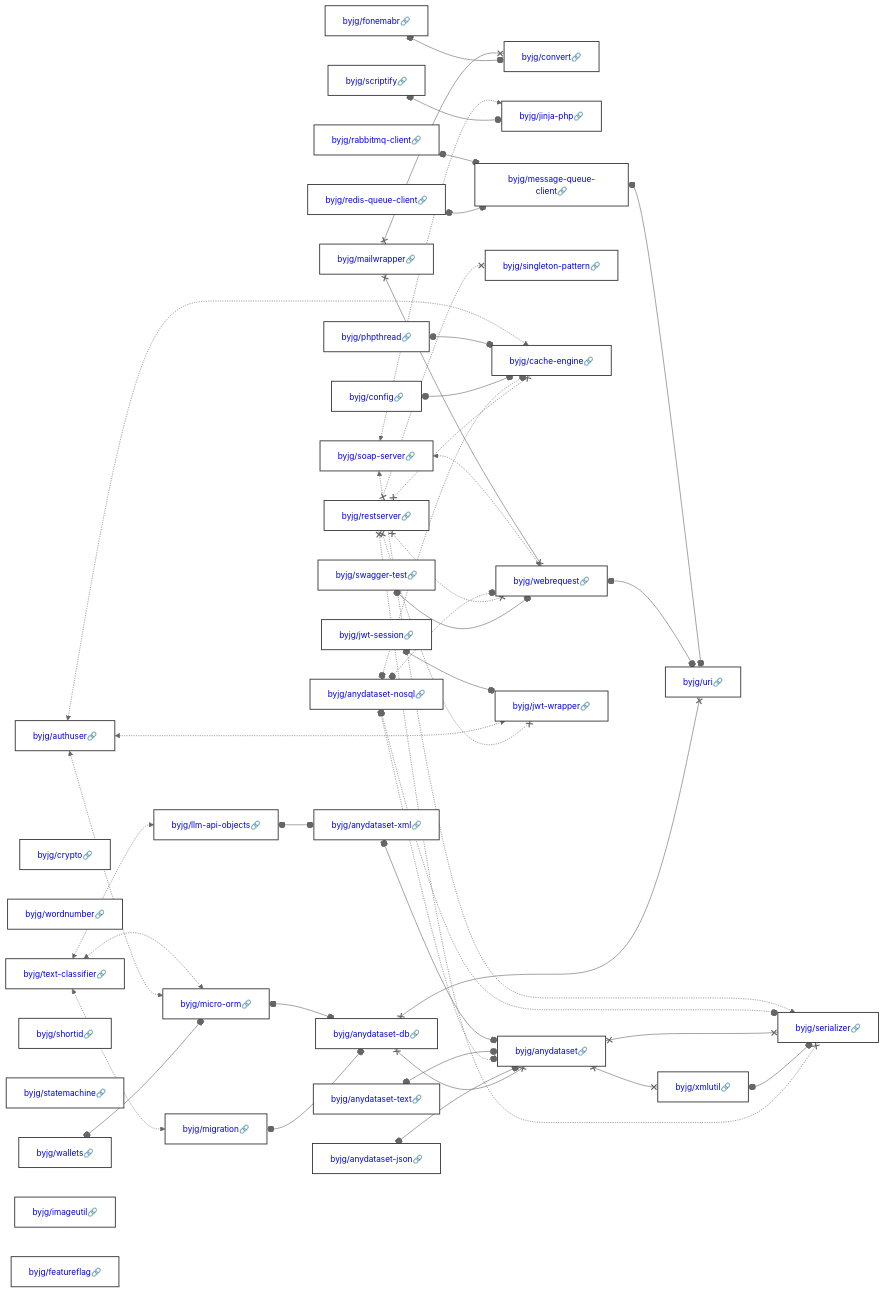
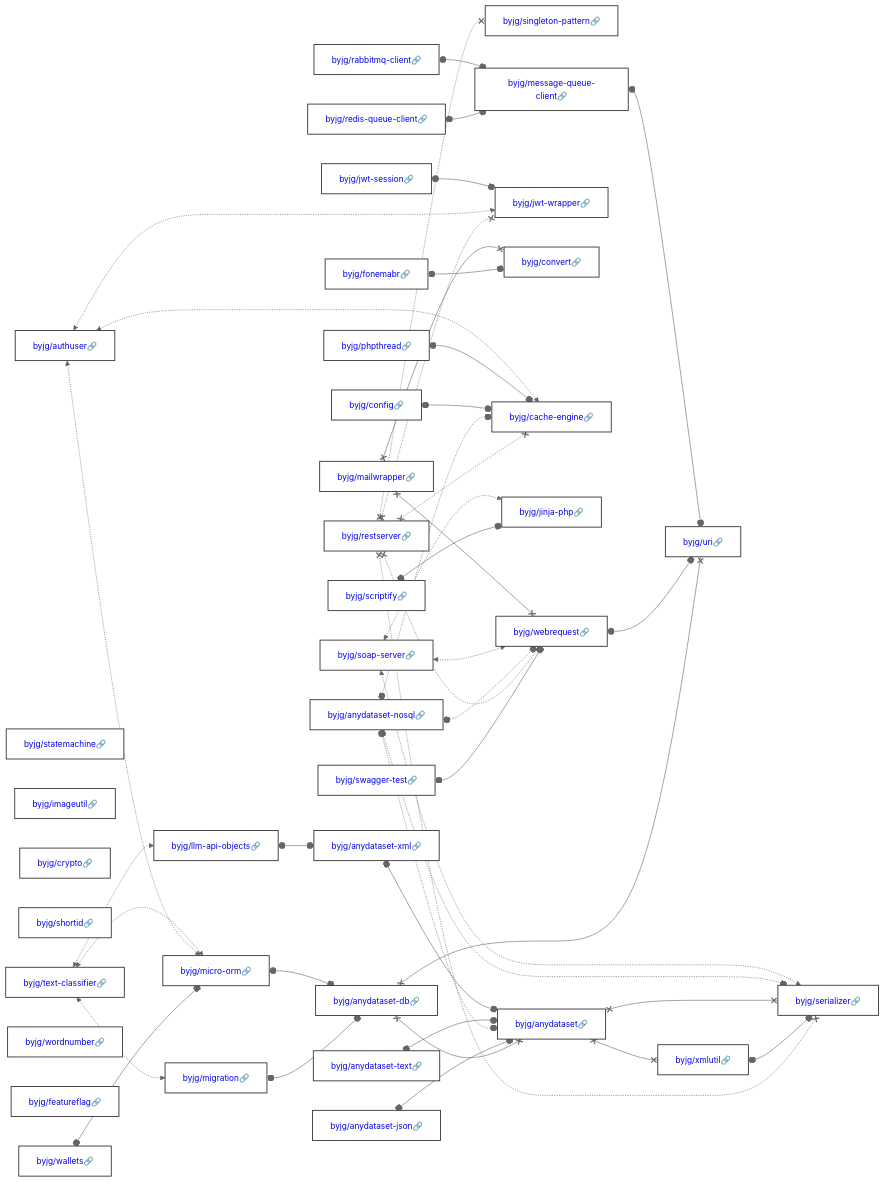
Before and after one commit to byjg/byjg.github.io: the diagram in docs/php/README.md, drawn with Mermaid (neutral theme). The commit also changed other lines of this file, not shown here.

Commit message:
Update documentation 'php' 'php-gluo-core'

````diff
--- a/docs/php/README.md
+++ b/docs/php/README.md
@@ -3,38 +3,38 @@
 ```mermaid
 graph LR;
-  byjg/soap-server[<a href='https://opensource.byjg.com/docs/php/soap-server' style='text-decoration:none'>byjg/soap-server🔗</a>];
+  byjg/authuser[<a href='https://opensource.byjg.com/docs/php/authuser' style='text-decoration:none'>byjg/authuser🔗</a>];
+  byjg/statemachine[<a href='https://opensource.byjg.com/docs/php/statemachine' style='text-decoration:none'>byjg/statemachine🔗</a>];
+  byjg/scriptify[<a href='https://opensource.byjg.com/docs/php/scriptify' style='text-decoration:none'>byjg/scriptify🔗</a>];
+  byjg/redis-queue-client[<a href='https://opensource.byjg.com/docs/php/redis-queue-client' style='text-decoration:none'>byjg/redis-queue-client🔗</a>];
+  byjg/restserver[<a href='https://opensource.byjg.com/docs/php/restserver' style='text-decoration:none'>byjg/restserver🔗</a>];
+  byjg/imageutil[<a href='https://opensource.byjg.com/docs/php/imageutil' style='text-decoration:none'>byjg/imageutil🔗</a>];
+  byjg/anydataset-nosql[<a href='https://opensource.byjg.com/docs/php/anydataset-nosql' style='text-decoration:none'>byjg/anydataset-nosql🔗</a>];
+  byjg/rabbitmq-client[<a href='https://opensource.byjg.com/docs/php/rabbitmq-client' style='text-decoration:none'>byjg/rabbitmq-client🔗</a>];
+  byjg/crypto[<a href='https://opensource.byjg.com/docs/php/crypto' style='text-decoration:none'>byjg/crypto🔗</a>];
+  byjg/shortid[<a href='https://opensource.byjg.com/docs/php/shortid' style='text-decoration:none'>byjg/shortid🔗</a>];
+  byjg/swagger-test[<a href='https://opensource.byjg.com/docs/php/swagger-test' style='text-decoration:none'>byjg/swagger-test🔗</a>];
   byjg/text-classifier[<a href='https://opensource.byjg.com/docs/php/text-classifier' style='text-decoration:none'>byjg/text-classifier🔗</a>];
-  byjg/crypto[<a href='https://opensource.byjg.com/docs/php/crypto' style='text-decoration:none'>byjg/crypto🔗</a>];
+  byjg/jwt-session[<a href='https://opensource.byjg.com/docs/php/jwt-session' style='text-decoration:none'>byjg/jwt-session🔗</a>];
+  byjg/mailwrapper[<a href='https://opensource.byjg.com/docs/php/mailwrapper' style='text-decoration:none'>byjg/mailwrapper🔗</a>];
   byjg/anydataset-json[<a href='https://opensource.byjg.com/docs/php/anydataset-json' style='text-decoration:none'>byjg/anydataset-json🔗</a>];
-  byjg/rabbitmq-client[<a href='https://opensource.byjg.com/docs/php/rabbitmq-client' style='text-decoration:none'>byjg/rabbitmq-client🔗</a>];
-  byjg/anydataset-nosql[<a href='https://opensource.byjg.com/docs/php/anydataset-nosql' style='text-decoration:none'>byjg/anydataset-nosql🔗</a>];
   byjg/wordnumber[<a href='https://opensource.byjg.com/docs/php/wordnumber' style='text-decoration:none'>byjg/wordnumber🔗</a>];
+  byjg/featureflag[<a href='https://opensource.byjg.com/docs/php/featureflag' style='text-decoration:none'>byjg/featureflag🔗</a>];
+  byjg/phpthread[<a href='https://opensource.byjg.com/docs/php/phpthread' style='text-decoration:none'>byjg/phpthread🔗</a>];
   byjg/wallets[<a href='https://opensource.byjg.com/docs/php/wallets' style='text-decoration:none'>byjg/wallets🔗</a>];
-  byjg/shortid[<a href='https://opensource.byjg.com/docs/php/shortid' style='text-decoration:none'>byjg/shortid🔗</a>];
-  byjg/statemachine[<a href='https://opensource.byjg.com/docs/php/statemachine' style='text-decoration:none'>byjg/statemachine🔗</a>];
-  byjg/jwt-session[<a href='https://opensource.byjg.com/docs/php/jwt-session' style='text-decoration:none'>byjg/jwt-session🔗</a>];
-  byjg/phpthread[<a href='https://opensource.byjg.com/docs/php/phpthread' style='text-decoration:none'>byjg/phpthread🔗</a>];
-  byjg/mailwrapper[<a href='https://opensource.byjg.com/docs/php/mailwrapper' style='text-decoration:none'>byjg/mailwrapper🔗</a>];
-  byjg/anydataset-text[<a href='https://opensource.byjg.com/docs/php/anydataset-text' style='text-decoration:none'>byjg/anydataset-text🔗</a>];
-  byjg/authuser[<a href='https://opensource.byjg.com/docs/php/authuser' style='text-decoration:none'>byjg/authuser🔗</a>];
-  byjg/swagger-test[<a href='https://opensource.byjg.com/docs/php/swagger-test' style='text-decoration:none'>byjg/swagger-test🔗</a>];
-  byjg/imageutil[<a href='https://opensource.byjg.com/docs/php/imageutil' style='text-decoration:none'>byjg/imageutil🔗</a>];
   byjg/fonemabr[<a href='https://opensource.byjg.com/docs/php/fonemabr' style='text-decoration:none'>byjg/fonemabr🔗</a>];
   byjg/config[<a href='https://opensource.byjg.com/docs/php/config' style='text-decoration:none'>byjg/config🔗</a>];
-  byjg/scriptify[<a href='https://opensource.byjg.com/docs/php/scriptify' style='text-decoration:none'>byjg/scriptify🔗</a>];
-  byjg/redis-queue-client[<a href='https://opensource.byjg.com/docs/php/redis-queue-client' style='text-decoration:none'>byjg/redis-queue-client🔗</a>];
-  byjg/featureflag[<a href='https://opensource.byjg.com/docs/php/featureflag' style='text-decoration:none'>byjg/featureflag🔗</a>];
-  byjg/restserver[<a href='https://opensource.byjg.com/docs/php/restserver' style='text-decoration:none'>byjg/restserver🔗</a>];
+  byjg/anydataset-text[<a href='https://opensource.byjg.com/docs/php/anydataset-text' style='text-decoration:none'>byjg/anydataset-text🔗</a>];
+  byjg/soap-server[<a href='https://opensource.byjg.com/docs/php/soap-server' style='text-decoration:none'>byjg/soap-server🔗</a>];
+  byjg/singleton-pattern[<a href='https://opensource.byjg.com/docs/php/singleton-pattern' style='text-decoration:none'>byjg/singleton-pattern🔗</a>];
+  byjg/message-queue-client[<a href='https://opensource.byjg.com/docs/php/message-queue-client' style='text-decoration:none'>byjg/message-queue-client🔗</a>];
   byjg/migration[<a href='https://opensource.byjg.com/docs/php/migration' style='text-decoration:none'>byjg/migration🔗</a>];
   byjg/llm-api-objects[<a href='https://opensource.byjg.com/docs/php/llm-api-objects' style='text-decoration:none'>byjg/llm-api-objects🔗</a>];
+  byjg/jwt-wrapper[<a href='https://opensource.byjg.com/docs/php/jwt-wrapper' style='text-decoration:none'>byjg/jwt-wrapper🔗</a>];
   byjg/micro-orm[<a href='https://opensource.byjg.com/docs/php/micro-orm' style='text-decoration:none'>byjg/micro-orm🔗</a>];
   byjg/convert[<a href='https://opensource.byjg.com/docs/php/convert' style='text-decoration:none'>byjg/convert🔗</a>];
+  byjg/cache-engine[<a href='https://opensource.byjg.com/docs/php/cache-engine' style='text-decoration:none'>byjg/cache-engine🔗</a>];
   byjg/jinja-php[<a href='https://opensource.byjg.com/docs/php/jinja-php' style='text-decoration:none'>byjg/jinja-php🔗</a>];
-  byjg/message-queue-client[<a href='https://opensource.byjg.com/docs/php/message-queue-client' style='text-decoration:none'>byjg/message-queue-client🔗</a>];
-  byjg/singleton-pattern[<a href='https://opensource.byjg.com/docs/php/singleton-pattern' style='text-decoration:none'>byjg/singleton-pattern🔗</a>];
-  byjg/cache-engine[<a href='https://opensource.byjg.com/docs/php/cache-engine' style='text-decoration:none'>byjg/cache-engine🔗</a>];
   byjg/webrequest[<a href='https://opensource.byjg.com/docs/php/webrequest' style='text-decoration:none'>byjg/webrequest🔗</a>];
-  byjg/jwt-wrapper[<a href='https://opensource.byjg.com/docs/php/jwt-wrapper' style='text-decoration:none'>byjg/jwt-wrapper🔗</a>];
   byjg/anydataset-xml[<a href='https://opensource.byjg.com/docs/php/anydataset-xml' style='text-decoration:none'>byjg/anydataset-xml🔗</a>];
   byjg/anydataset-db[<a href='https://opensource.byjg.com/docs/php/anydataset-db' style='text-decoration:none'>byjg/anydataset-db🔗</a>];
   byjg/anydataset[<a href='https://opensource.byjg.com/docs/php/anydataset' style='text-decoration:none'>byjg/anydataset🔗</a>];
````
